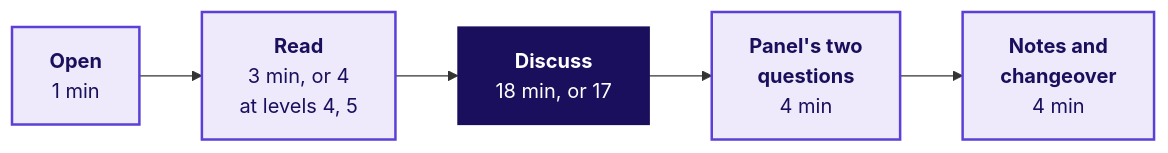
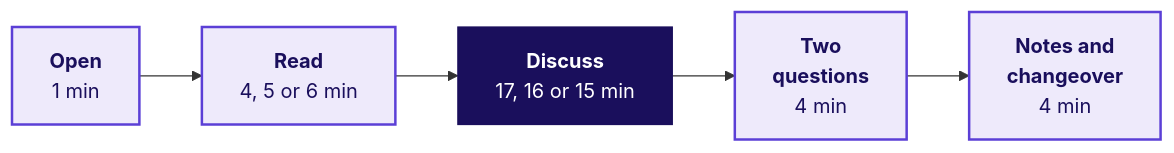
The diagram in content/W03/D5/gd/C2_W03_D05_gd_facilitation_TRAINER.md (fde-academy-lab/c2-content-factory), drawn with Mermaid before and after one commit. The commit also changed other lines of this file and 12 other files, not shown here.

````diff
--- a/content/W03/D5/gd/C2_W03_D05_gd_facilitation_TRAINER.md
+++ b/content/W03/D5/gd/C2_W03_D05_gd_facilitation_TRAINER.md
@@ -52,8 +60,8 @@
 ```mermaid
 flowchart LR
-    O["<b>Open</b><br/>1 min"] --> R["<b>Read</b><br/>3 min, or 4<br/>at levels 4, 5"] --> D["<b>Discuss</b><br/>18 min, or 17"] --> Q["<b>Panel's two<br/>questions</b><br/>4 min"] --> N["<b>Notes and<br/>changeover</b><br/>4 min"]
+    O["<b>Open</b><br/>1 min"] --> R["<b>Read</b><br/>4, 5 or 6 min"] --> D["<b>Discuss</b><br/>17, 16 or 15 min"] --> Q["<b>Two<br/>questions</b><br/>4 min"] --> N["<b>Notes and<br/>changeover</b><br/>4 min"]
     classDef known fill:#EEEAFB,stroke:#5B3FD6,color:#1A0F5C,stroke-width:2px
     classDef dark fill:#1A0F5C,stroke:#1A0F5C,color:#FFFFFF
     class O,R,Q,N known
     class D dark
 ```
````
